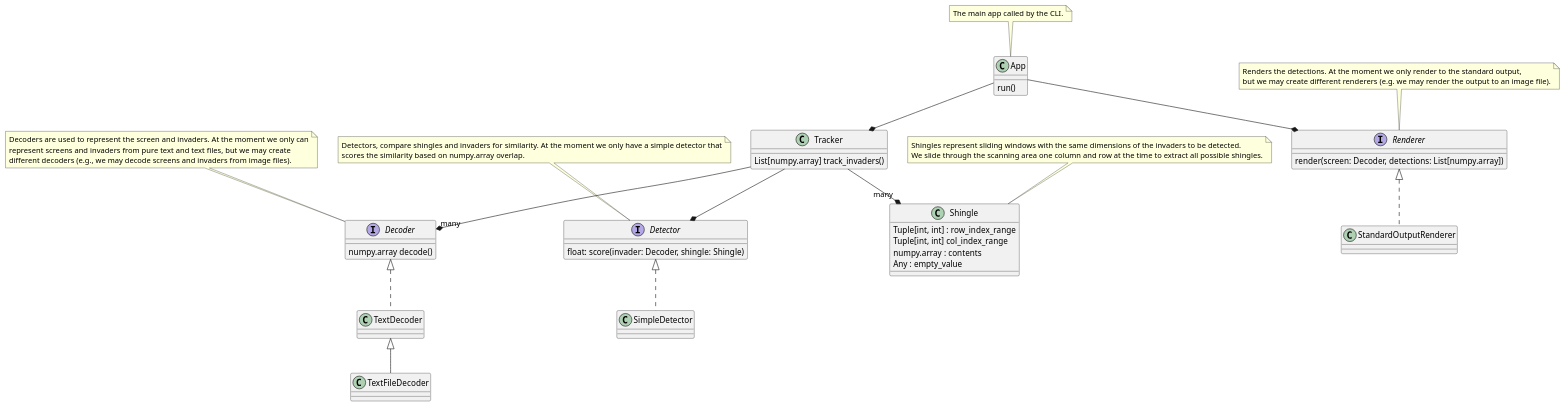
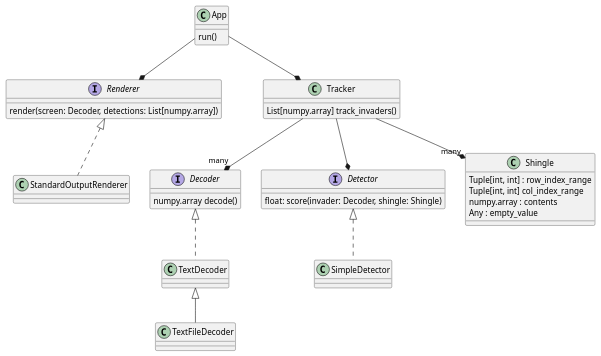
Before and after one commit to marciogualtieri/alien-tracker: the diagram in uml/app.plantuml, drawn with PlantUML. The commit also changed 1 other file, not shown here.

Commit message:
Removing notes from diagram, too clutered. Describing it in README.rst instead.

```diff
--- a/uml/app.plantuml
+++ b/uml/app.plantuml
@@ -1,71 +1,46 @@
 @startuml
 
 interface Decoder
 
 Decoder : numpy.array decode()
 
 class TextDecoder implements Decoder
 
 class TextFileDecoder extends TextDecoder
 
 
 interface Detector
 
 Detector : float: score(invader: Decoder, shingle: Shingle)
 
 class SimpleDetector implements Detector
 
 class Shingle {
         Tuple[int, int] : row_index_range
         Tuple[int, int] col_index_range
         numpy.array : contents
         Any : empty_value
 }
 
 interface Renderer
 
 Renderer : render(screen: Decoder, detections: List[numpy.array])
 
 class StandardOutputRenderer implements Renderer
 
 class Tracker
 
 Tracker : List[numpy.array] track_invaders()
 
 class App
 
 App : run()
 
 App --* Tracker
 App --* Renderer
 
 Tracker --* "many" Decoder
 Tracker --* Detector
 Tracker --* "many" Shingle
 
-note top of App
-The main app called by the CLI.
-end note
-
-note top of Renderer
-Renders the detections. At the moment we only render to the standard output,
-but we may create different renderers (e.g. we may render the output to an image file).
-end note
-
-note top of Decoder
-Decoders are used to represent the screen and invaders. At the moment we only can
-represent screens and invaders from pure text and text files, but we may create
-different decoders (e.g., we may decode screens and invaders from image files).
-end note
-
-note top of Detector
-Detectors, compare shingles and invaders for similarity. At the moment we only have a simple detector that
-scores the similarity based on numpy.array overlap.
-end note
-
-note top of Shingle
-Shingles represent sliding windows with the same dimensions of the invaders to be detected.
-We slide through the scanning area one column and row at the time to extract all possible shingles.
-end note
-
 @enduml
```
